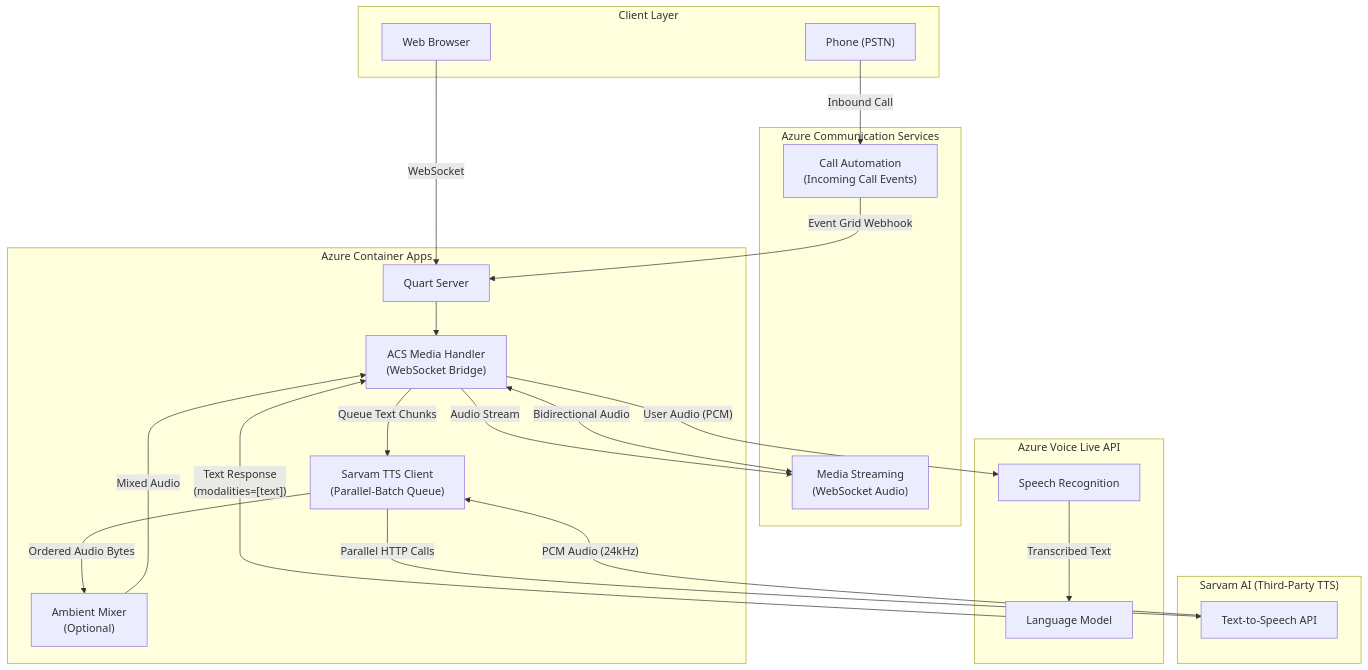
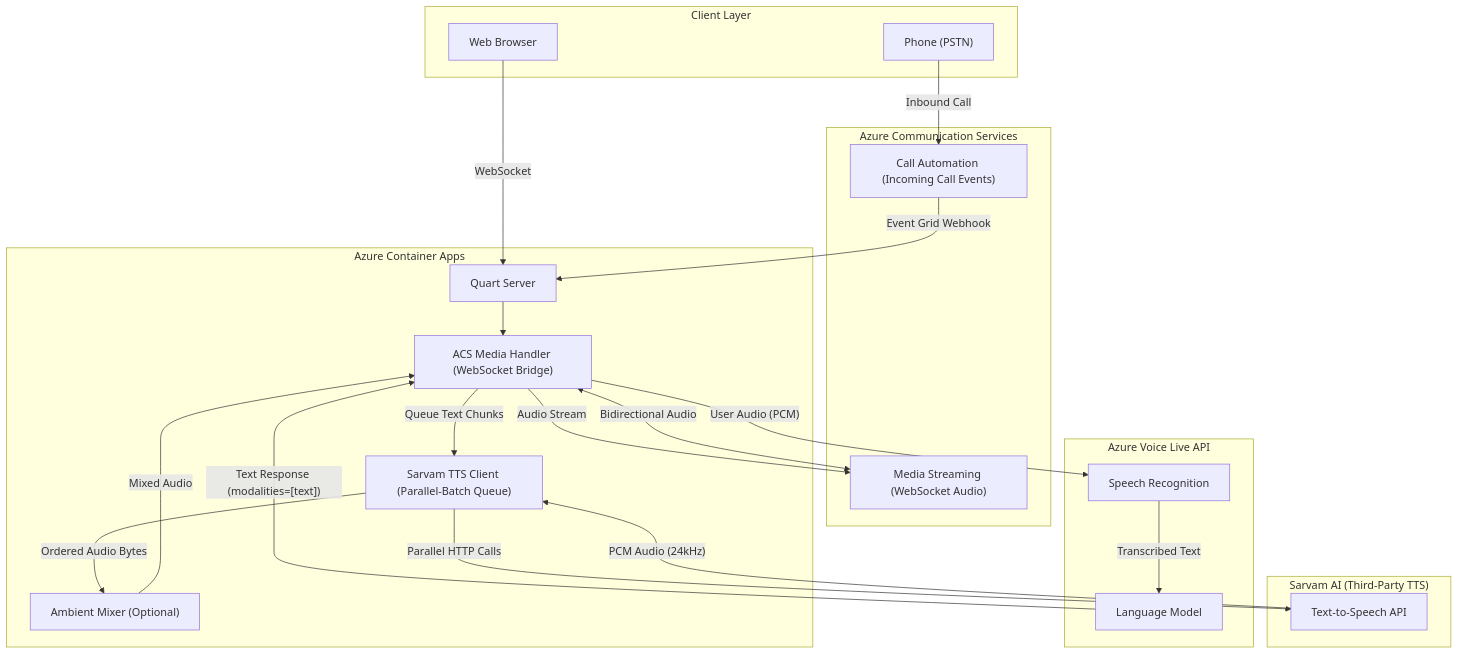
One commit to ss4aman/azure-voice-live-sarvam-tts changed the second of 3 diagrams in README.md. Above: the diagram before and after it, drawn with Mermaid. The commit also changed other lines of this file, not shown here.

Commit message:
Remove line break characters from Mermaid diagram labels

````diff
--- a/README.md
+++ b/README.md
@@ -58,45 +58,45 @@
 ```mermaid
 flowchart TB
     subgraph Client["Client Layer"]
         Phone["Phone (PSTN)"]
         Browser["Web Browser"]
     end
 
     subgraph ACS["Azure Communication Services"]
-        CallAuto["Call Automation\n(Incoming Call Events)"]
-        MediaStream["Media Streaming\n(WebSocket Audio)"]
+        CallAuto["Call Automation (Incoming Call Events)"]
+        MediaStream["Media Streaming (WebSocket Audio)"]
     end
 
     subgraph ContainerApp["Azure Container Apps"]
         Server["Quart Server"]
-        MediaHandler["ACS Media Handler\n(WebSocket Bridge)"]
-        SarvamTTS["Sarvam TTS Client\n(Parallel-Batch Queue)"]
-        AmbientMixer["Ambient Mixer\n(Optional)"]
+        MediaHandler["ACS Media Handler (WebSocket Bridge)"]
+        SarvamTTS["Sarvam TTS Client (Parallel-Batch Queue)"]
+        AmbientMixer["Ambient Mixer (Optional)"]
     end
 
     subgraph VoiceLive["Azure Voice Live API"]
         ASR["Speech Recognition"]
         LLM["Language Model"]
     end
 
     subgraph SarvamAPI["Sarvam AI (Third-Party TTS)"]
         TTS["Text-to-Speech API"]
     end
 
     Phone -->|"Inbound Call"| CallAuto
     Browser -->|"WebSocket"| Server
     CallAuto -->|"Event Grid Webhook"| Server
     MediaStream <-->|"Bidirectional Audio"| MediaHandler
 
     Server --> MediaHandler
     MediaHandler -->|"User Audio (PCM)"| ASR
     ASR -->|"Transcribed Text"| LLM
-    LLM -->|"Text Response\n(modalities=[text])"| MediaHandler
+    LLM -->|"Text Response (modalities=[text])"| MediaHandler
 
     MediaHandler -->|"Queue Text Chunks"| SarvamTTS
     SarvamTTS -->|"Parallel HTTP Calls"| TTS
     TTS -->|"PCM Audio (24kHz)"| SarvamTTS
     SarvamTTS -->|"Ordered Audio Bytes"| AmbientMixer
     AmbientMixer -->|"Mixed Audio"| MediaHandler
     MediaHandler -->|"Audio Stream"| MediaStream
 ```
````
